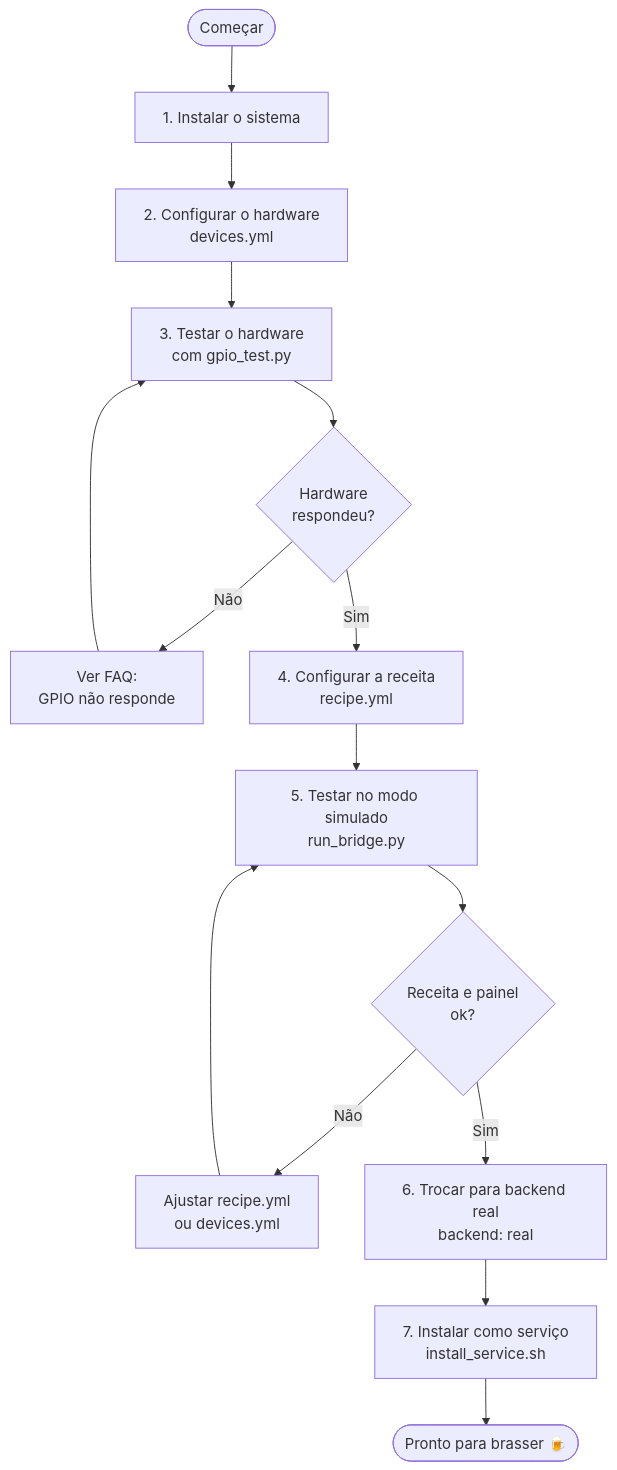
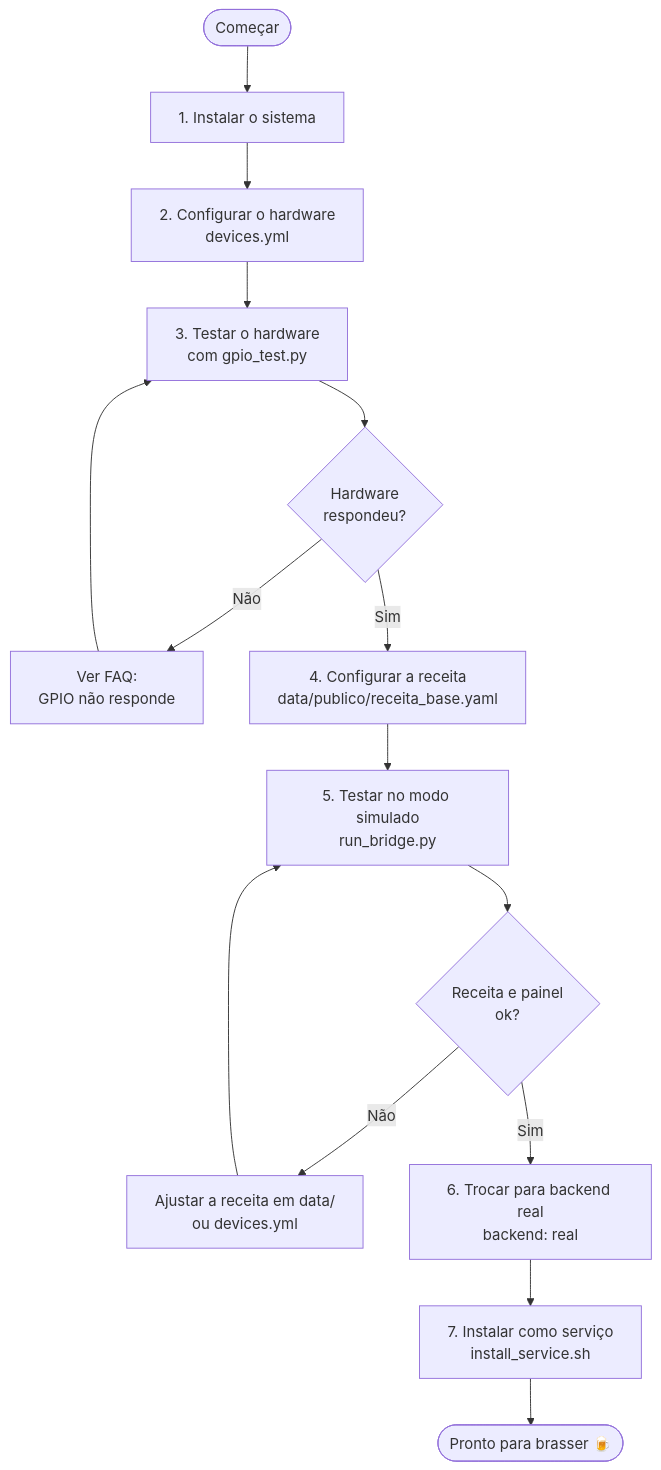
One commit to ChristopherNicolasSMM/Tesseract-Device-Bridge changed the diagram in docs/manual/02-primeiros-passos.md. Above: the diagram before and after it, drawn with Mermaid. The commit also changed other lines of this file and 14 other files, not shown here.

````diff
--- a/docs/manual/02-primeiros-passos.md
+++ b/docs/manual/02-primeiros-passos.md
@@ -15,17 +15,17 @@
 ```mermaid
 flowchart TD
     A([Começar]) --> B[1. Instalar o sistema]
     B --> C[2. Configurar o hardware\ndevices.yml]
     C --> D[3. Testar o hardware\ncom gpio_test.py]
     D --> E{Hardware\nrespondeu?}
     E -- Não --> F[Ver FAQ:\nGPIO não responde]
     F --> D
-    E -- Sim --> G[4. Configurar a receita\nrecipe.yml]
+    E -- Sim --> G[4. Configurar a receita\ndata/publico/receita_base.yaml]
     G --> H[5. Testar no modo simulado\nrun_bridge.py]
     H --> I{Receita e painel\nok?}
-    I -- Não --> J[Ajustar recipe.yml\nou devices.yml]
+    I -- Não --> J[Ajustar a receita em data/\nou devices.yml]
     J --> H
     I -- Sim --> K[6. Trocar para backend real\nbackend: real]
     K --> L[7. Instalar como serviço\ninstall_service.sh]
     L --> M([Pronto para brasser 🍺])
 ```
````
